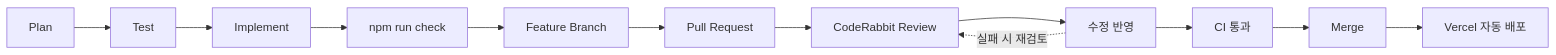
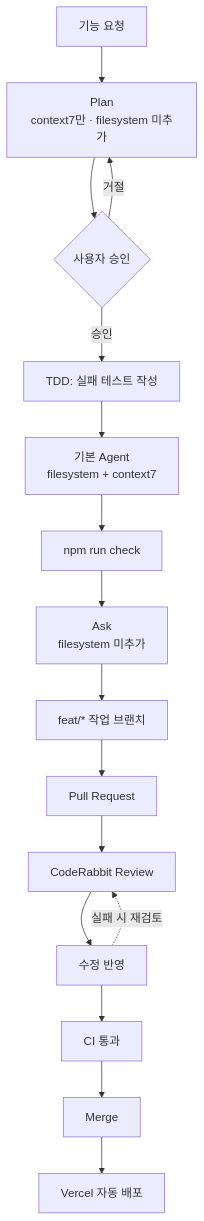
Before and after one commit to 4evergreentea-sudo/kb-fx-helper: the third of 5 diagrams in docs/WORKFLOW.md, drawn with Mermaid. The commit also changed other lines of this file and 3 other files, not shown here.

````diff
--- a/docs/WORKFLOW.md
+++ b/docs/WORKFLOW.md
@@ -105,7 +108,14 @@
 ```mermaid
-flowchart LR
-    Plan[Plan] --> Test[Test] --> Implement[Implement] --> Check["npm run check"]
-    Check --> Branch["Feature Branch"] --> PR["Pull Request"] --> CRB["CodeRabbit Review"]
-    CRB --> Fix["수정 반영"] --> CI["CI 통과"] --> Merge[Merge] --> Vercel["Vercel 자동 배포"]
+flowchart TD
+    Req[기능 요청] --> PlanMode["Plan\ncontext7만 · filesystem 미추가"]
+    PlanMode --> Approve{사용자 승인}
+    Approve -->|거절| PlanMode
+    Approve -->|승인| Test[TDD: 실패 테스트 작성]
+    Test --> ImplMode["기본 Agent\nfilesystem + context7"]
+    ImplMode --> Check["npm run check"]
+    Check --> ReviewMode["Ask\nfilesystem 미추가"]
+    ReviewMode --> Branch["feat/* 작업 브랜치"] --> PR["Pull Request"]
+    PR --> CRB["CodeRabbit Review"] --> Fix["수정 반영"]
+    Fix --> CI["CI 통과"] --> Merge[Merge] --> Vercel["Vercel 자동 배포"]
     Fix -.실패 시 재검토.-> CRB
 ```
````
